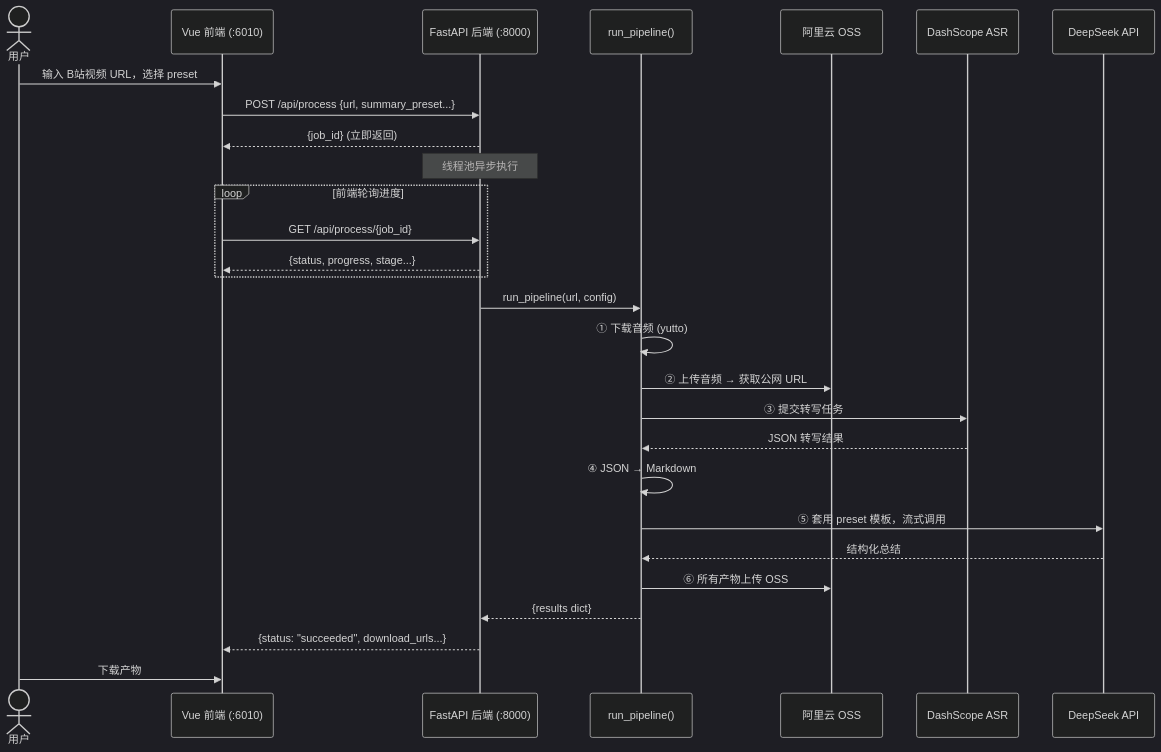
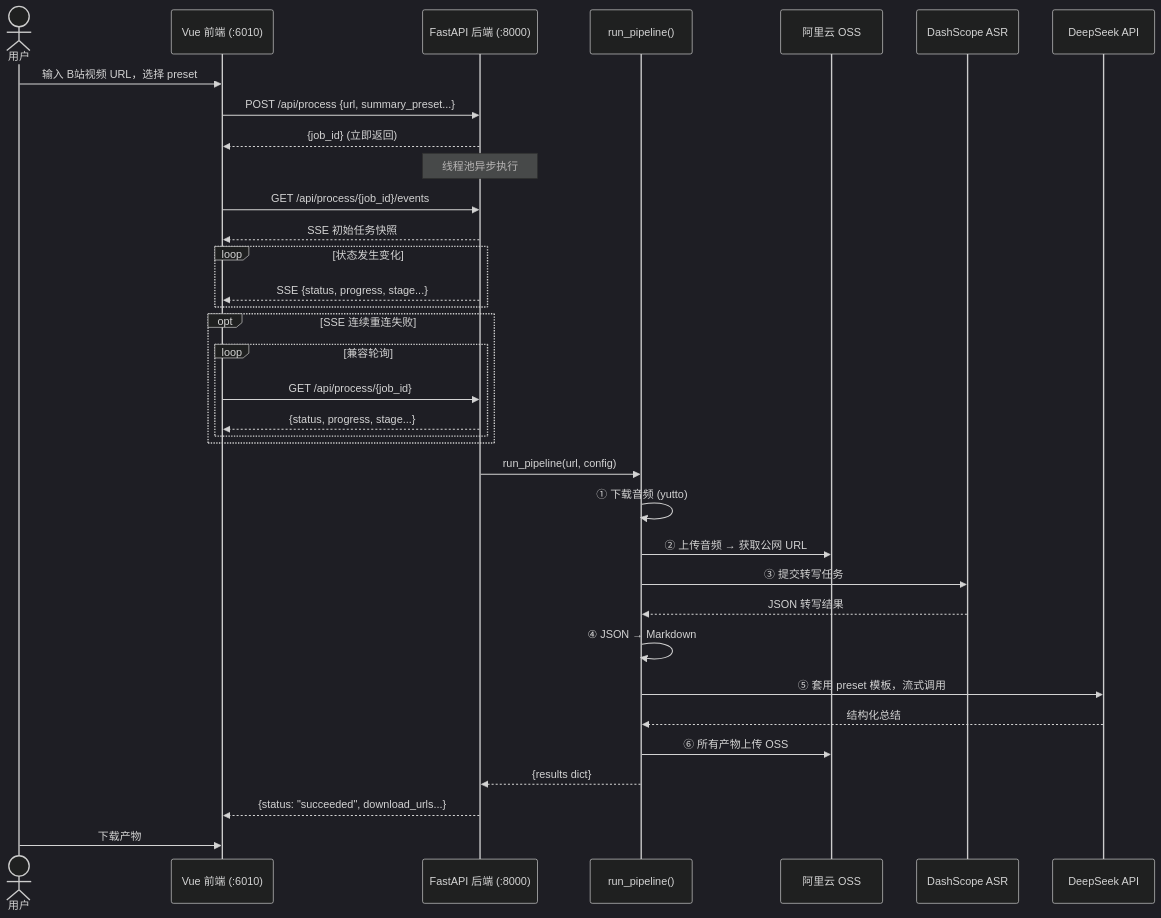
The first of 7 diagrams in docs/workflow.md (KKKZOZ/bilibili2text), drawn with Mermaid (dark theme) before and after one commit. The commit also changed 11 other files, not shown here.

````diff
--- a/docs/workflow.md
+++ b/docs/workflow.md
@@ -5,36 +5,45 @@
 ```mermaid
 sequenceDiagram
     actor 用户
     participant 前端 as Vue 前端 (:6010)
     participant 后端 as FastAPI 后端 (:8000)
     participant Pipeline as run_pipeline()
     participant OSS as 阿里云 OSS
     participant ASR as DashScope ASR
     participant LLM as DeepSeek API
 
     用户->>前端: 输入 B站视频 URL，选择 preset
     前端->>后端: POST /api/process {url, summary_preset...}
     后端-->>前端: {job_id} (立即返回)
 
     Note over 后端: 线程池异步执行
 
-    loop 前端轮询进度
-        前端->>后端: GET /api/process/{job_id}
-        后端-->>前端: {status, progress, stage...}
+    前端->>后端: GET /api/process/{job_id}/events
+    后端-->>前端: SSE 初始任务快照
+
+    loop 状态发生变化
+        后端-->>前端: SSE {status, progress, stage...}
+    end
+
+    opt SSE 连续重连失败
+        loop 兼容轮询
+            前端->>后端: GET /api/process/{job_id}
+            后端-->>前端: {status, progress, stage...}
+        end
     end
 
     后端->>Pipeline: run_pipeline(url, config)
 
     Pipeline->>Pipeline: ① 下载音频 (yutto)
     Pipeline->>OSS: ② 上传音频 → 获取公网 URL
     Pipeline->>ASR: ③ 提交转写任务
     ASR-->>Pipeline: JSON 转写结果
     Pipeline->>Pipeline: ④ JSON → Markdown
     Pipeline->>LLM: ⑤ 套用 preset 模板，流式调用
     LLM-->>Pipeline: 结构化总结
     Pipeline->>OSS: ⑥ 所有产物上传 OSS
 
     Pipeline-->>后端: {results dict}
     后端-->>前端: {status: "succeeded", download_urls...}
     用户->>前端: 下载产物
 ```
````
